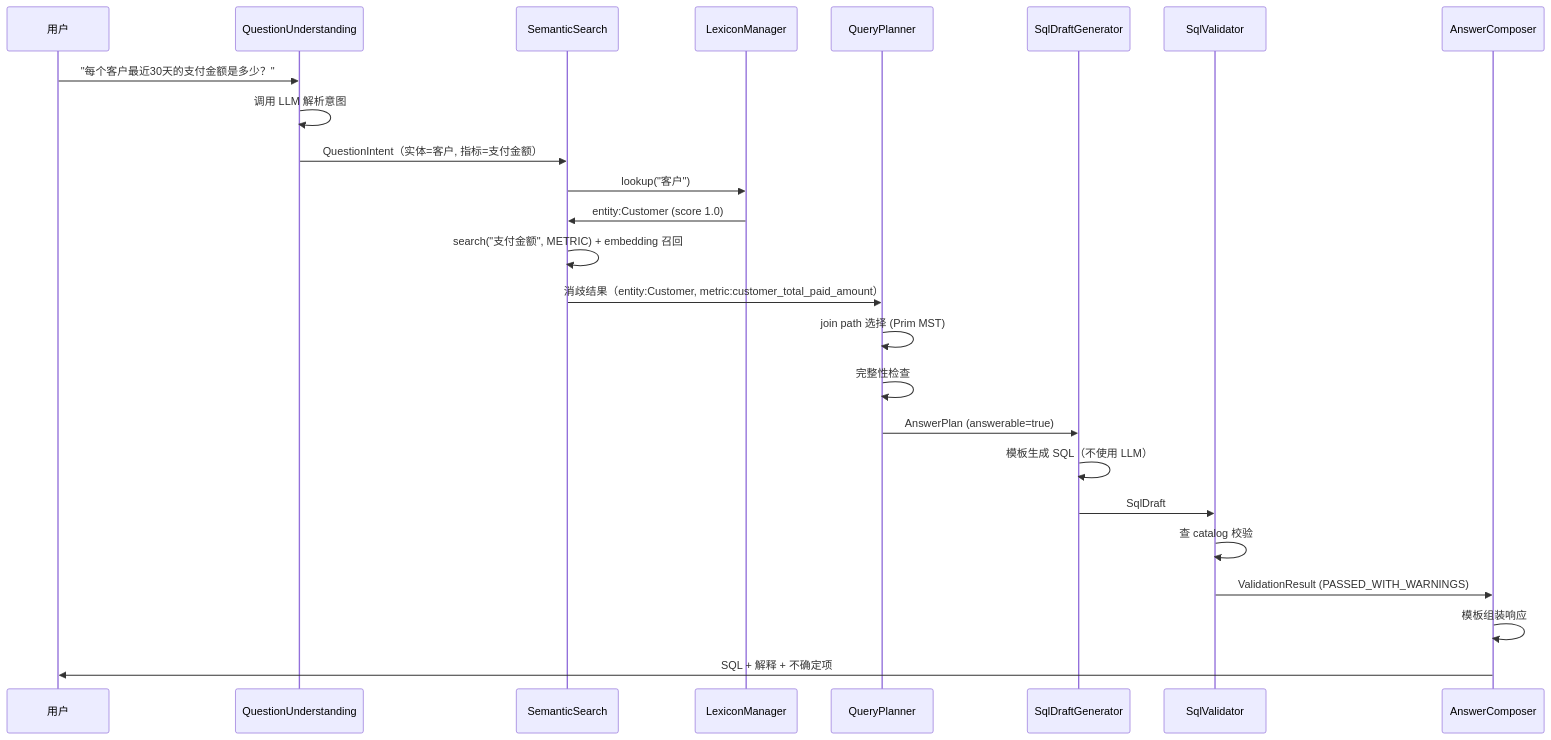
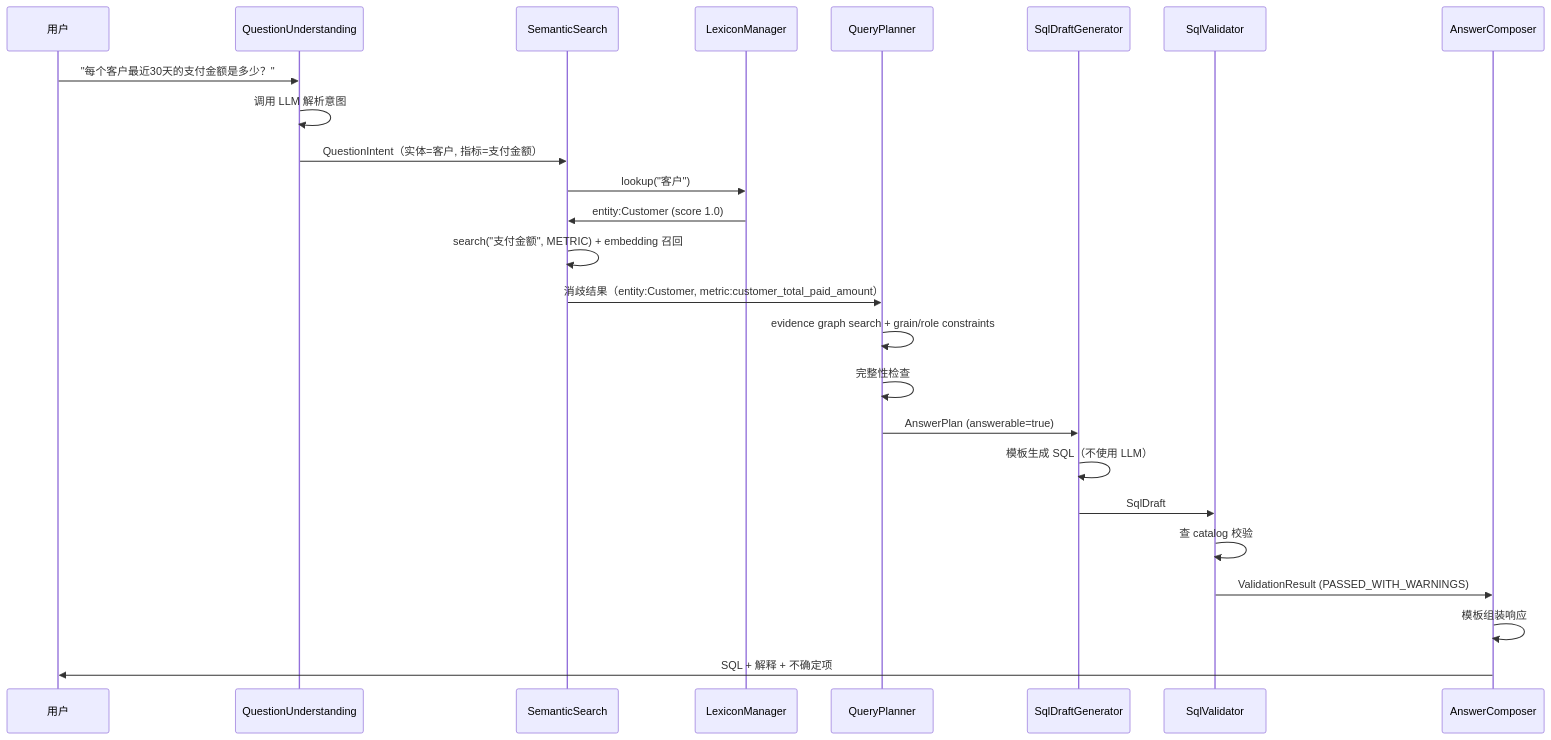
The second of 3 diagrams in docs/design/semantic-layer/end-to-end-examples.md (xiaoguang/relation-detector), drawn with Mermaid before and after one commit. The commit also changed other lines of this file and 17 other files, not shown here.

````diff
--- a/docs/design/semantic-layer/end-to-end-examples.md
+++ b/docs/design/semantic-layer/end-to-end-examples.md
@@ -443,28 +443,28 @@
 ```mermaid
 sequenceDiagram
     participant User as 用户
     participant QU as QuestionUnderstanding
     participant SS as SemanticSearch
     participant LM as LexiconManager
     participant QP as QueryPlanner
     participant SG as SqlDraftGenerator
     participant SV as SqlValidator
     participant AC as AnswerComposer
 
     User->>QU: "每个客户最近30天的支付金额是多少？"
     QU->>QU: 调用 LLM 解析意图
     QU->>SS: QuestionIntent（实体=客户, 指标=支付金额）
     SS->>LM: lookup("客户")
     LM->>SS: entity:Customer (score 1.0)
     SS->>SS: search("支付金额", METRIC) + embedding 召回
     SS->>QP: 消歧结果（entity:Customer, metric:customer_total_paid_amount）
-    QP->>QP: join path 选择 (Prim MST)
+    QP->>QP: evidence graph search + grain/role constraints
     QP->>QP: 完整性检查
     QP->>SG: AnswerPlan (answerable=true)
     SG->>SG: 模板生成 SQL（不使用 LLM）
     SG->>SV: SqlDraft
     SV->>SV: 查 catalog 校验
     SV->>AC: ValidationResult (PASSED_WITH_WARNINGS)
     AC->>AC: 模板组装响应
     AC->>User: SQL + 解释 + 不确定项
 ```
````
